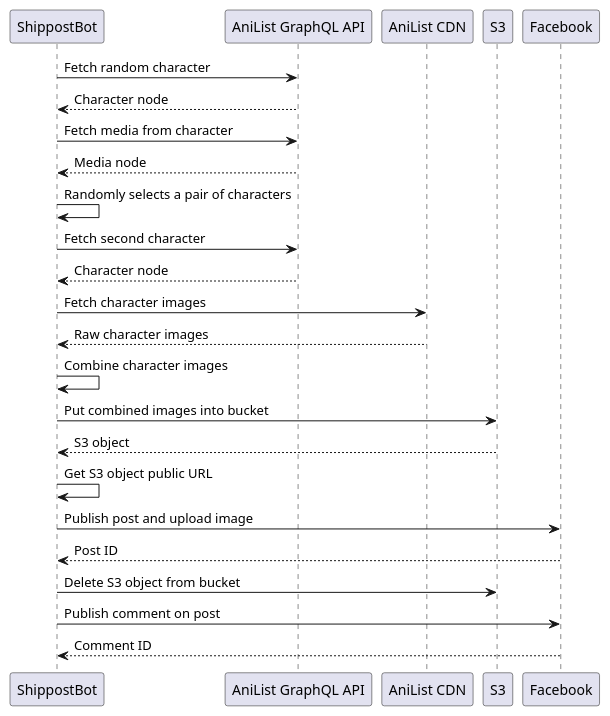
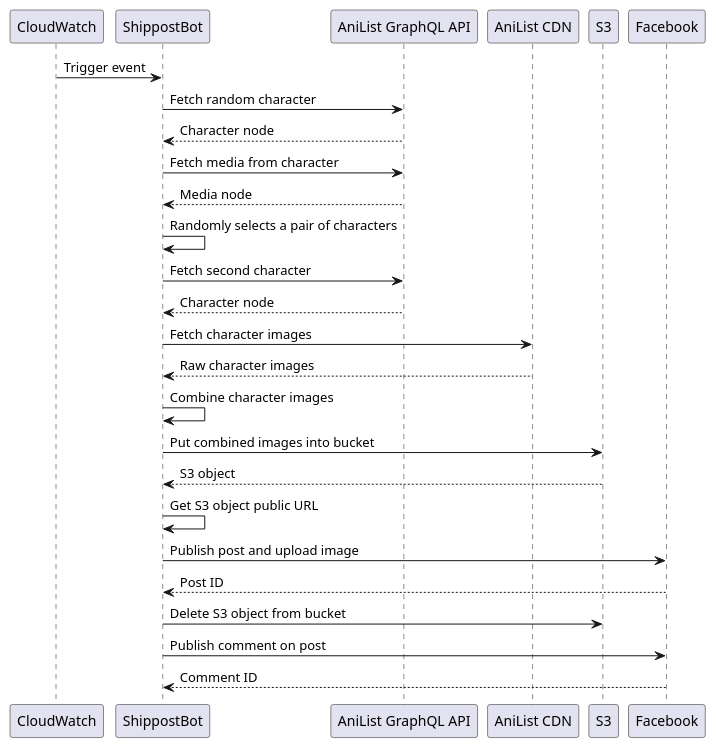
One commit to frizz925/shippostbot changed the diagram in diagrams/shippostbot_0.1.0.wsd. Above: the diagram before and after it, drawn with PlantUML.

Commit message:
Add CloudWatch Events trigger as actor

```diff
--- a/diagrams/shippostbot_0.1.0.wsd
+++ b/diagrams/shippostbot_0.1.0.wsd
@@ -1,20 +1,21 @@
 @startuml ShippostBot
+CloudWatch -> ShippostBot: Trigger event
 ShippostBot -> "AniList GraphQL API": Fetch random character
 ShippostBot <-- "AniList GraphQL API": Character node
 ShippostBot -> "AniList GraphQL API": Fetch media from character
 ShippostBot <-- "AniList GraphQL API": Media node
 ShippostBot -> ShippostBot: Randomly selects a pair of characters
 ShippostBot -> "AniList GraphQL API": Fetch second character
 ShippostBot <-- "AniList GraphQL API": Character node
 ShippostBot -> "AniList CDN": Fetch character images
 ShippostBot <-- "AniList CDN": Raw character images
 ShippostBot -> ShippostBot: Combine character images
 ShippostBot -> S3: Put combined images into bucket
 ShippostBot <-- S3: S3 object
 ShippostBot -> ShippostBot: Get S3 object public URL
 ShippostBot -> Facebook: Publish post and upload image
 ShippostBot <-- Facebook: Post ID
 ShippostBot -> S3: Delete S3 object from bucket
 ShippostBot -> Facebook: Publish comment on post
 ShippostBot <-- Facebook: Comment ID
 @enduml
```
